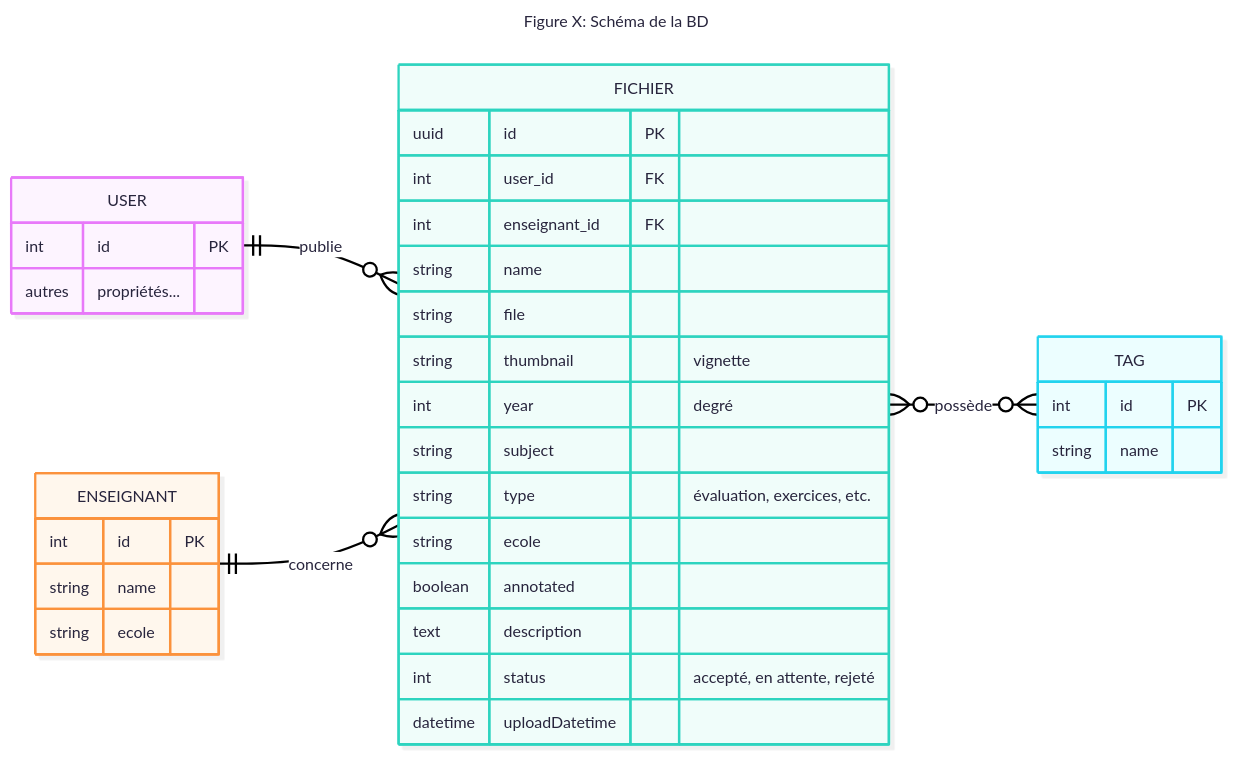
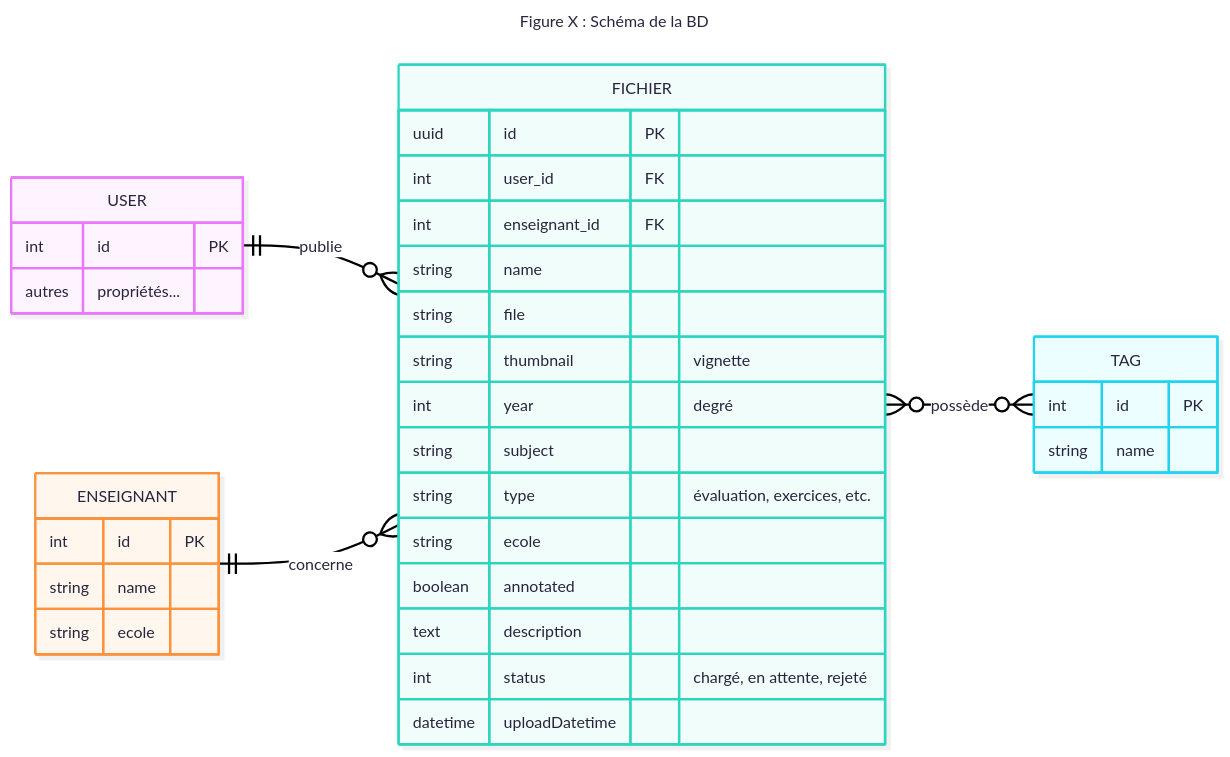
The first of 3 diagrams in rapport.md (Zbebz/caverne-dAli-baba), drawn with Mermaid before and after one commit. The commit also changed other lines of this file, not shown here.

````diff
--- a/rapport.md
+++ b/rapport.md
@@ -142,46 +144,46 @@
 ```mermaid
 ---
-title: "Figure X: Schéma de la BD"
+title: "Figure X : Schéma de la BD"
 config:
   theme: redux-color
   look: neo
 ---
 erDiagram
     direction LR
     USER {
         int id PK
         autres propriétés...
     }
 
 FICHIER {
         uuid id PK
         int user_id FK
         int enseignant_id FK
         string name
         string file
         string thumbnail "vignette"
         int year "degré"
         string subject
         string type "évaluation, exercices, etc."
         string ecole
         boolean annotated
         text description
-        int status "accepté, en attente, rejeté"
+        int status "chargé, en attente, rejeté"
         datetime uploadDatetime
     }
 
     ENSEIGNANT {
         int id PK
         string name
         string ecole
     }
 
     TAG {
         int id PK
         string name
     }
 
     USER ||--o{ FICHIER : publie
     ENSEIGNANT ||--o{ FICHIER : concerne
     FICHIER }o--o{ TAG : possède
 ```
````
